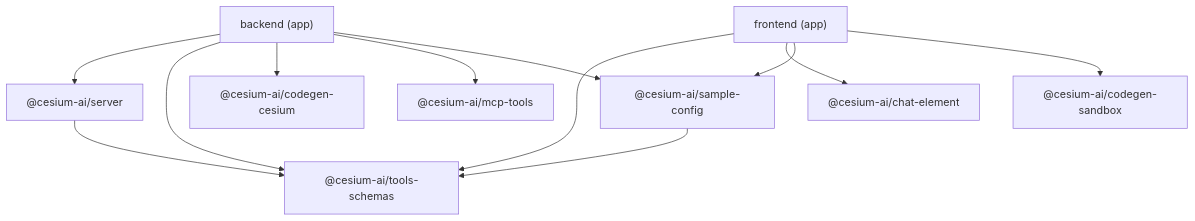
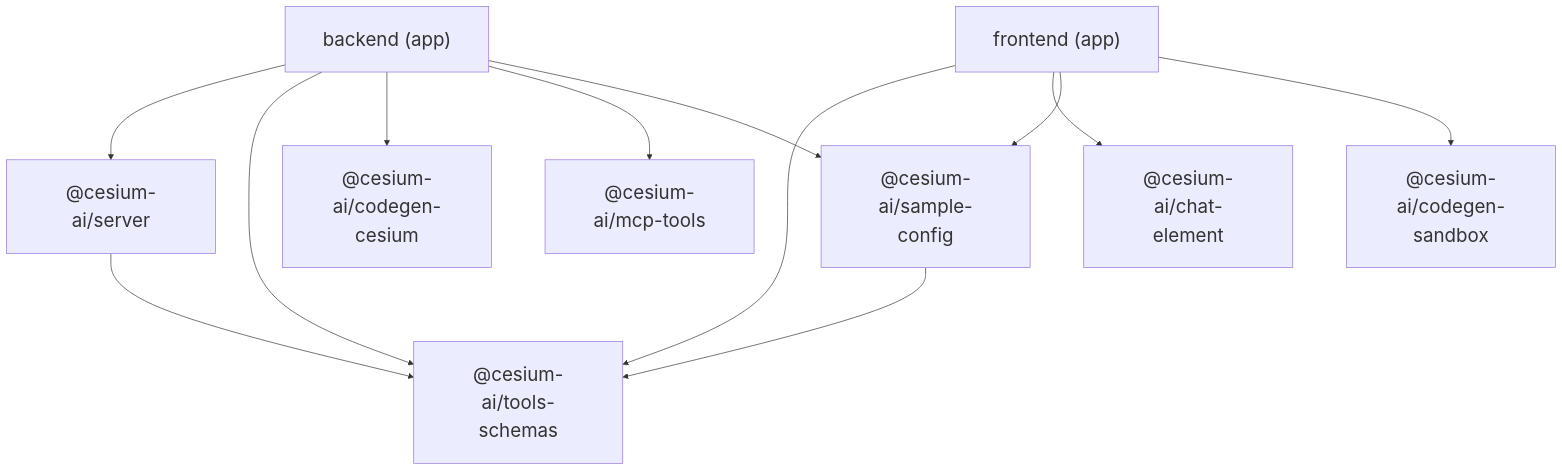
The diagram in docs/packages/index.md (CesiumGS/cesiumjs-ai-starter-app), drawn with Mermaid before and after one commit. The commit also changed other lines of this file and 21 other files, not shown here.

````diff
--- a/docs/packages/index.md
+++ b/docs/packages/index.md
@@ -27,24 +27,25 @@
 ```mermaid
+%%{init: {"themeVariables": {"fontSize": "28px"}, "flowchart": {"nodeSpacing": 80, "rankSpacing": 110, "padding": 28}}}%%
 flowchart TD
     tools["@cesium-ai/tools-schemas"]
     codegen["@cesium-ai/codegen-cesium"]
     sandbox["@cesium-ai/codegen-sandbox"]
     mcp["@cesium-ai/mcp-tools"]
     server["@cesium-ai/server"]
     chatel["@cesium-ai/chat-element"]
     shared["@cesium-ai/sample-config"]
     backend["backend (app)"]
     frontend["frontend (app)"]
 
     backend --> server
     backend --> tools
     backend --> codegen
     backend --> mcp
     backend --> shared
     frontend --> tools
     frontend --> chatel
     frontend --> shared
     frontend --> sandbox
     shared --> tools
     server --> tools
 ```
````
